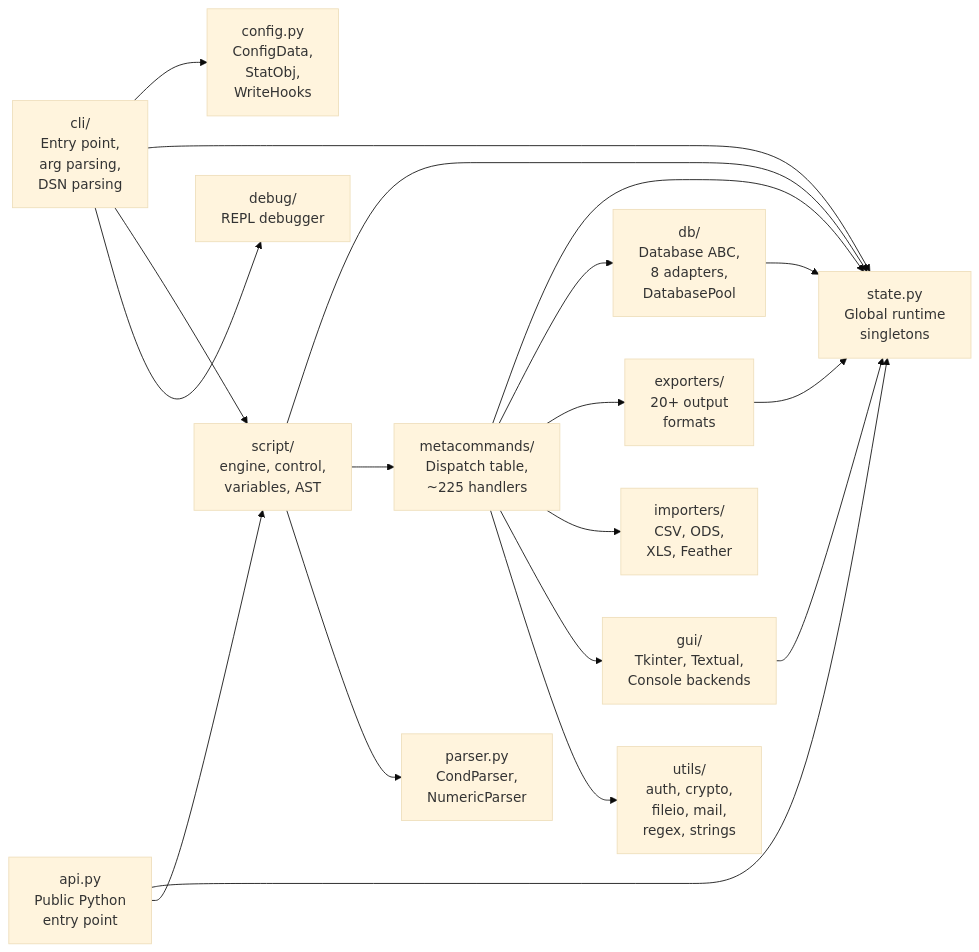
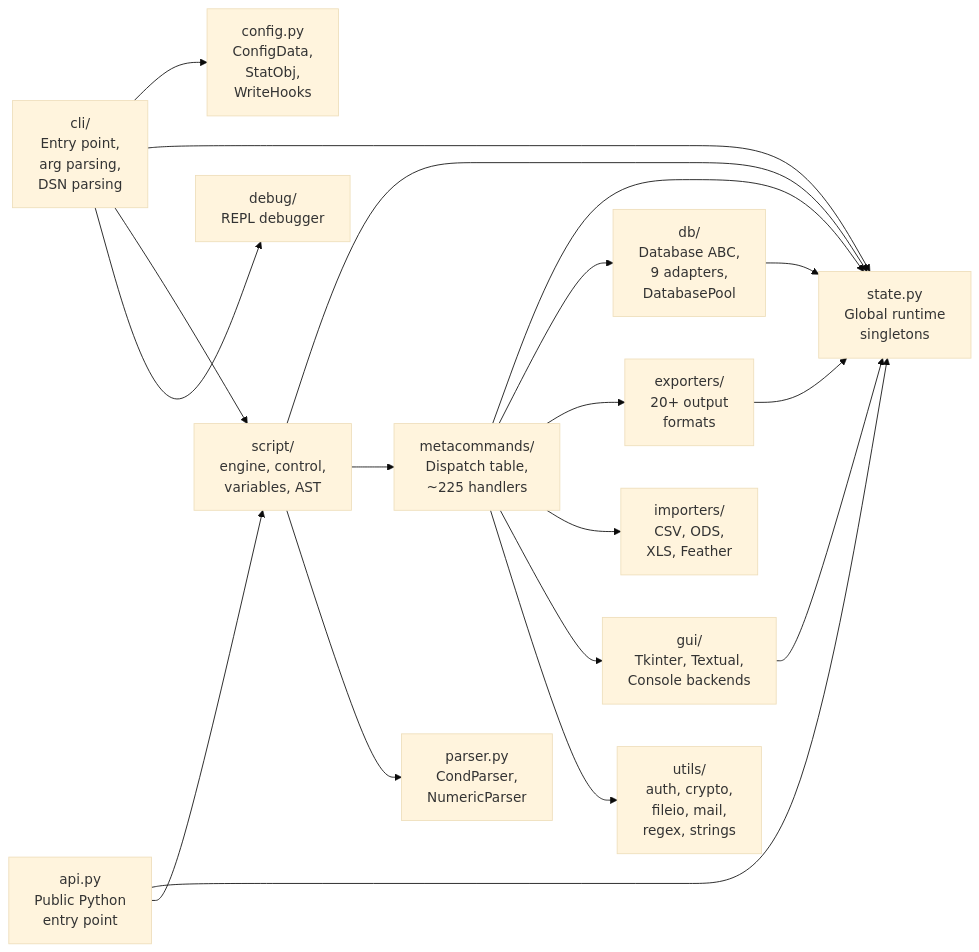
Before and after one commit to geocoug/execsql: the second of 2 diagrams in docs/dev/architecture.md, drawn with Mermaid (base theme). The commit also changed other lines of this file and 1 other file, not shown here.

First line of the commit message:
Revert: 9 adapters, not 8 — I miscounted earlier in this session

````diff
--- a/docs/dev/architecture.md
+++ b/docs/dev/architecture.md
@@ -44,35 +44,35 @@
 ```mermaid
 flowchart LR
     CLI["cli/<br/>Entry point,<br/>arg parsing,<br/>DSN parsing"]
     API["api.py<br/>Public Python<br/>entry point"]
     CONFIG["config.py<br/>ConfigData,<br/>StatObj,<br/>WriteHooks"]
     STATE["state.py<br/>Global runtime<br/>singletons"]
     SCRIPT["script/<br/>engine, control,<br/>variables, AST"]
     META["metacommands/<br/>Dispatch table,<br/>~225 handlers"]
-    DB["db/<br/>Database ABC,<br/>8 adapters,<br/>DatabasePool"]
+    DB["db/<br/>Database ABC,<br/>9 adapters,<br/>DatabasePool"]
     EXPORT["exporters/<br/>20+ output<br/>formats"]
     IMPORT["importers/<br/>CSV, ODS,<br/>XLS, Feather"]
     GUI["gui/<br/>Tkinter, Textual,<br/>Console backends"]
     UTILS["utils/<br/>auth, crypto,<br/>fileio, mail,<br/>regex, strings"]
     PARSER["parser.py<br/>CondParser,<br/>NumericParser"]
     DEBUG["debug/<br/>REPL debugger"]
 
     CLI --> CONFIG
     CLI --> STATE
     CLI --> SCRIPT
     CLI --> DEBUG
     API --> STATE
     API --> SCRIPT
     SCRIPT --> STATE
     SCRIPT --> META
     META --> STATE
     META --> DB
     META --> EXPORT
     META --> IMPORT
     META --> GUI
     META --> UTILS
     DB --> STATE
     EXPORT --> STATE
     GUI --> STATE
     SCRIPT --> PARSER
 ```
````
